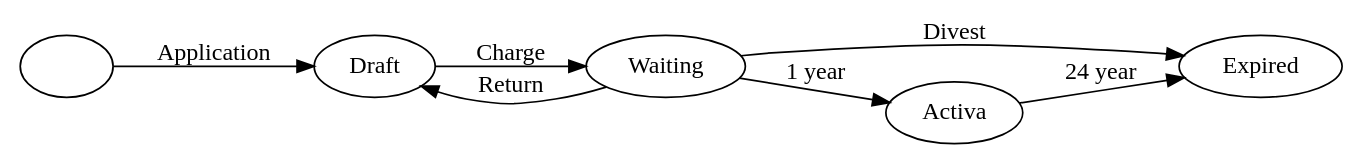
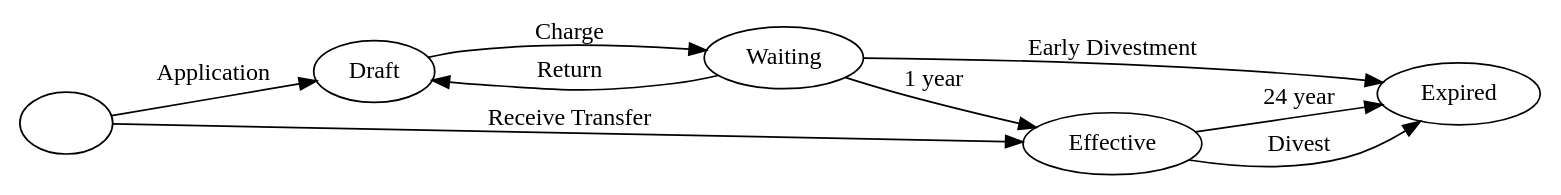
One commit to Som-Energia/somenergia-generationkwh changed the diagram in docs/inversions-generationstates.dot. Above: the diagram before and after it, drawn with Graphviz. The commit also changed 1 other file, not shown here.

Commit message:
iterating Generation graph

```diff
--- a/docs/inversions-generationstates.dot
+++ b/docs/inversions-generationstates.dot
@@ -1,11 +1,11 @@
 digraph G {
 rankdir=LR
-
-
-"" -> Draft [label=Application];
-Draft -> Waiting [label=Charge];
-Waiting -> Expired  [label=Divest];
-Waiting -> Activa [label="1 year"];
-Activa -> Expired [label="24 year"];
-Waiting -> Draft [label=Return];
+"" -> Draft [label=Application]
+Draft -> Waiting [label=Charge]
+Waiting -> Expired  [label="Early Divestment"]
+Waiting -> Effective [label="1 year"]
+Effective -> Expired [label="24 year"]
+Waiting -> Draft [label=Return]
+"" -> Effective [label="Receive Transfer"]
+Effective -> Expired [label=Divest]
 }
```
